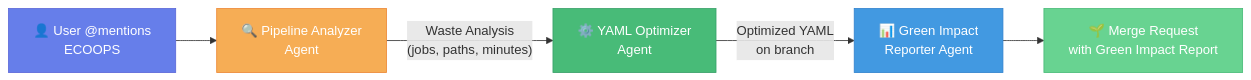
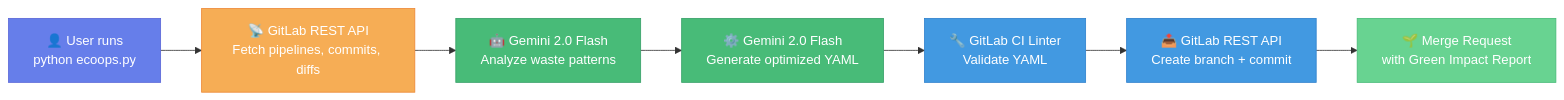
One commit to nika619/ecoops changed the diagram in README.md. Above: the diagram before and after it, drawn with Mermaid. The commit also changed other lines of this file and 6 other files, not shown here.

Commit message:
🌱 ECOOPS: Major improvements — Gemini 2.5 Flash, fail-fast errors, README rewrite, CI jobs, tests

````diff
--- a/README.md
+++ b/README.md
@@ -47,13 +51,17 @@
 ```mermaid
 graph LR
-    A["👤 User @mentions<br/>ECOOPS"] --> B["🔍 Pipeline Analyzer<br/>Agent"]
-    B -->|"Waste Analysis<br/>(jobs, paths, minutes)"| C["⚙️ YAML Optimizer<br/>Agent"]
-    C -->|"Optimized YAML<br/>on branch"| D["📊 Green Impact<br/>Reporter Agent"]
-    D --> E["🌱 Merge Request<br/>with Green Impact Report"]
+    A["👤 User runs<br/>python ecoops.py"] --> B["📡 GitLab REST API<br/>Fetch pipelines, commits, diffs"]
+    B --> C["🤖 Gemini 2.0 Flash<br/>Analyze waste patterns"]
+    C --> D["⚙️ Gemini 2.0 Flash<br/>Generate optimized YAML"]
+    D --> E["🔧 GitLab CI Linter<br/>Validate YAML"]
+    E --> F["📤 GitLab REST API<br/>Create branch + commit"]
+    F --> G["🌱 Merge Request<br/>with Green Impact Report"]
 
     style A fill:#667eea,stroke:#5a67d8,color:#fff
     style B fill:#f6ad55,stroke:#ed8936,color:#fff
     style C fill:#48bb78,stroke:#38a169,color:#fff
-    style D fill:#4299e1,stroke:#3182ce,color:#fff
-    style E fill:#68d391,stroke:#48bb78,color:#fff
+    style D fill:#48bb78,stroke:#38a169,color:#fff
+    style E fill:#4299e1,stroke:#3182ce,color:#fff
+    style F fill:#4299e1,stroke:#3182ce,color:#fff
+    style G fill:#68d391,stroke:#48bb78,color:#fff
 ```
````
